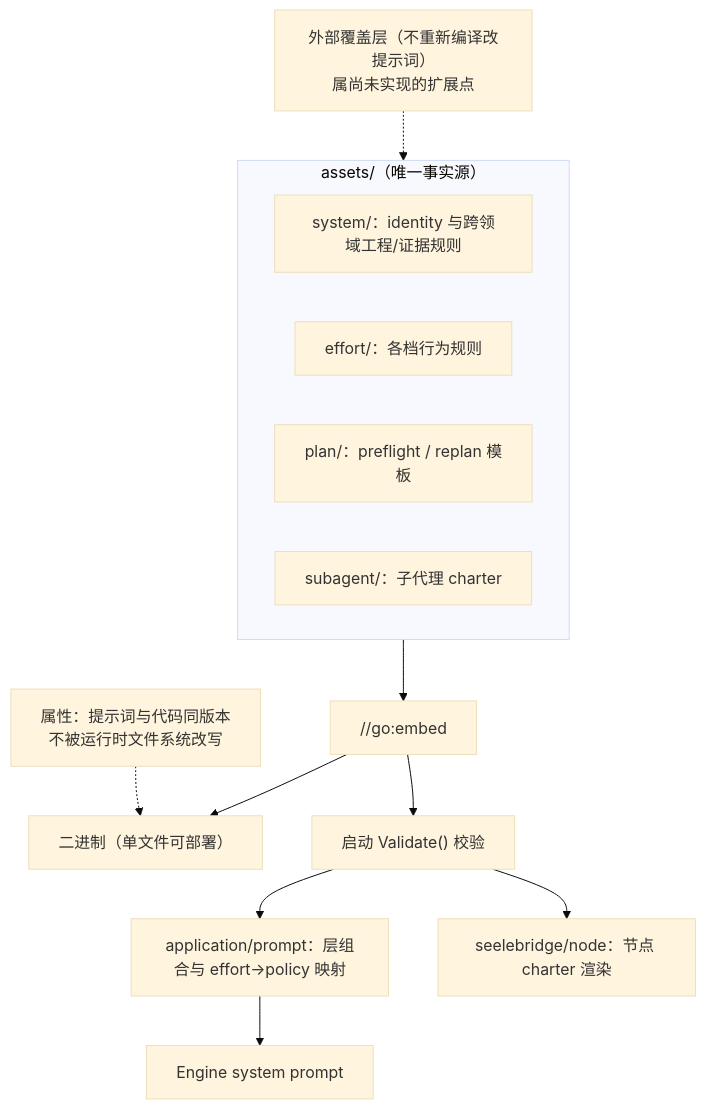
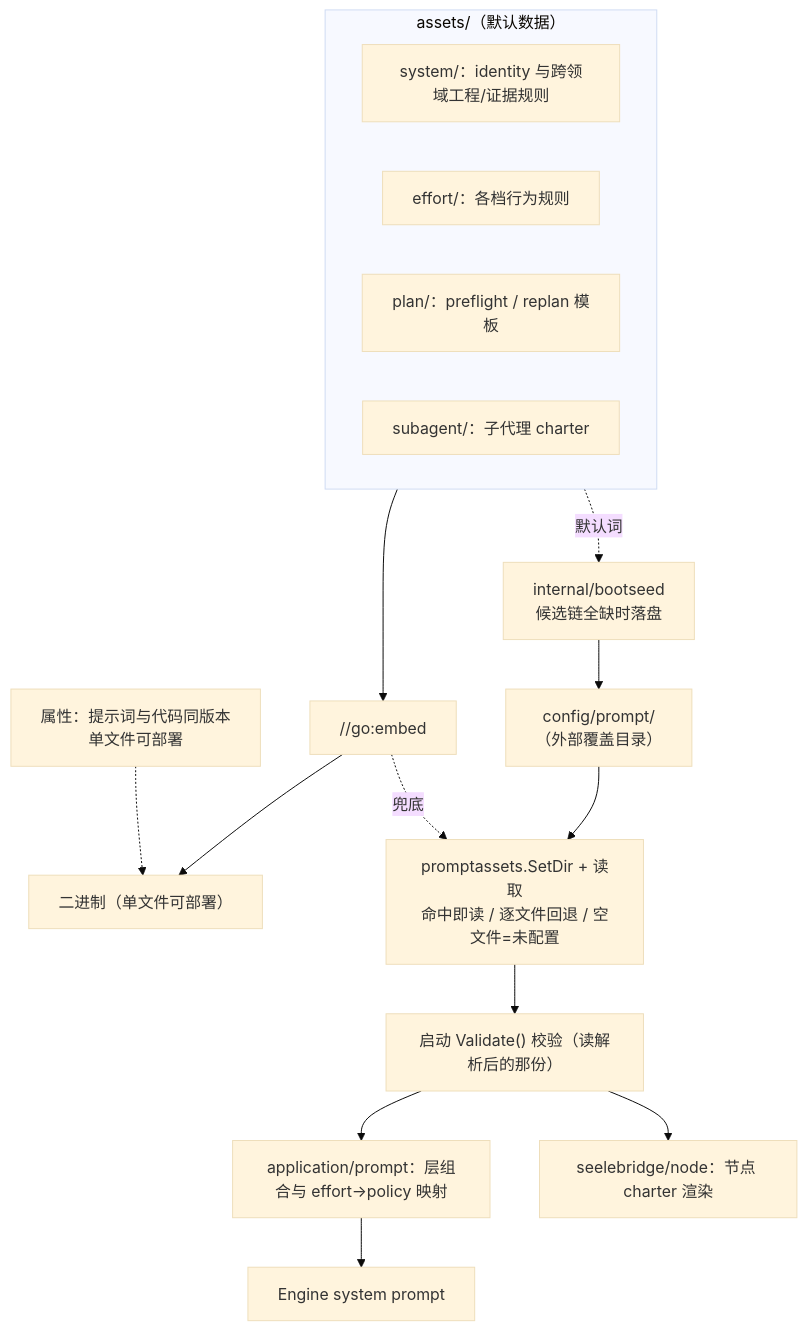
Before and after one commit to RedHuang-0622/seelex: the diagram in internal/promptassets/README.md, drawn with Mermaid (base theme). The commit also changed other lines of this file and 53 other files, not shown here.

````diff
--- a/internal/promptassets/README.md
+++ b/internal/promptassets/README.md
@@ -14,18 +33,21 @@
 ```mermaid
 flowchart TB
-    subgraph ASSETS["assets/（唯一事实源）"]
+    subgraph ASSETS["assets/（默认数据）"]
         SYS["system/：identity 与跨领域工程/证据规则"]
         EFF["effort/：各档行为规则"]
         PLAN["plan/：preflight / replan 模板"]
         SUB["subagent/：子代理 charter"]
     end
 
     EMBED["//go:embed"] --> BIN["二进制（单文件可部署）"]
     ASSETS --> EMBED
-    EMBED --> VAL["启动 Validate() 校验"]
+    ASSETS -.->|默认词| BOOT["internal/bootseed<br/>候选链全缺时落盘"]
+    BOOT --> DIR["config/prompt/<br/>（外部覆盖目录）"]
+    DIR --> LOAD["promptassets.SetDir + 读取<br/>命中即读 / 逐文件回退 / 空文件=未配置"]
+    EMBED -.->|兜底| LOAD
+    LOAD --> VAL["启动 Validate() 校验（读解析后的那份）"]
     VAL --> PROMPT["application/prompt：层组合与 effort→policy 映射"]
     VAL --> NODE["seelebridge/node：节点 charter 渲染"]
     PROMPT --> ENGINE["Engine system prompt"]
-    NOTE["属性：提示词与代码同版本<br/>不被运行时文件系统改写"] -.-> BIN
-    FUTURE["外部覆盖层（不重新编译改提示词）<br/>属尚未实现的扩展点"] -.-> ASSETS
+    NOTE["属性：提示词与代码同版本<br/>单文件可部署"] -.-> BIN
 ```
````
